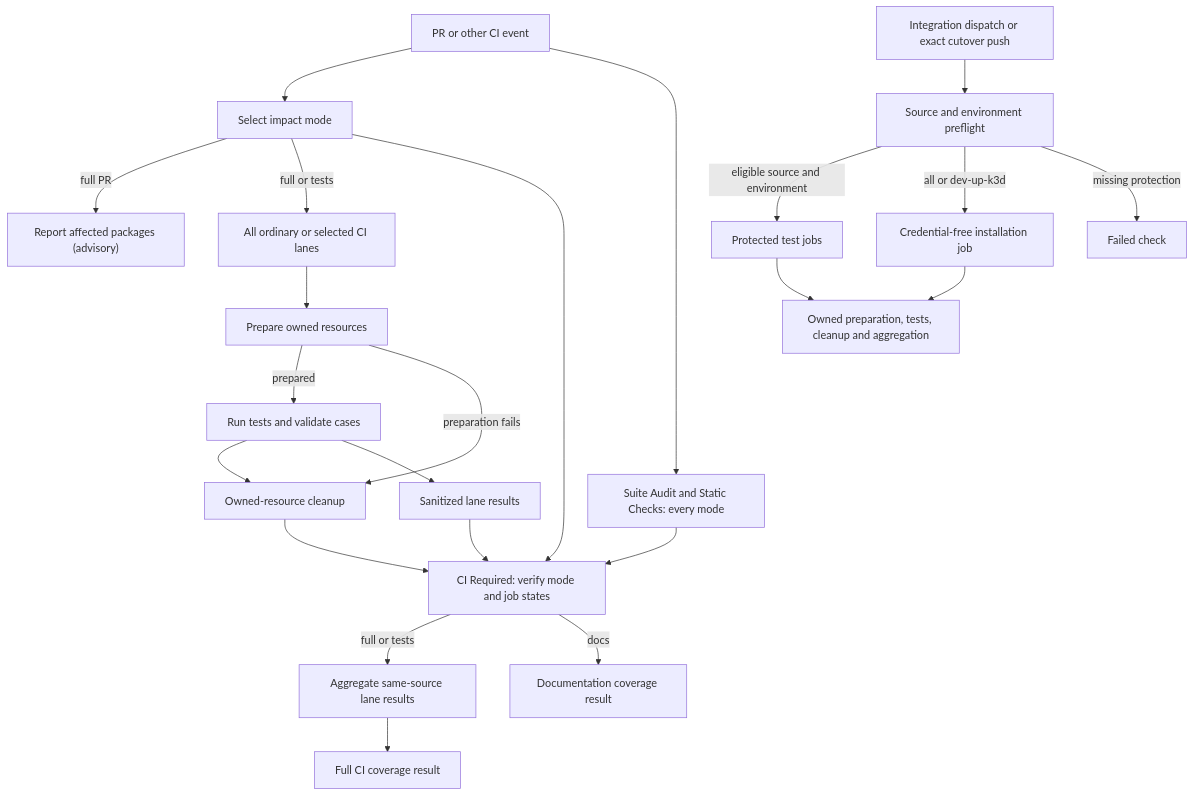
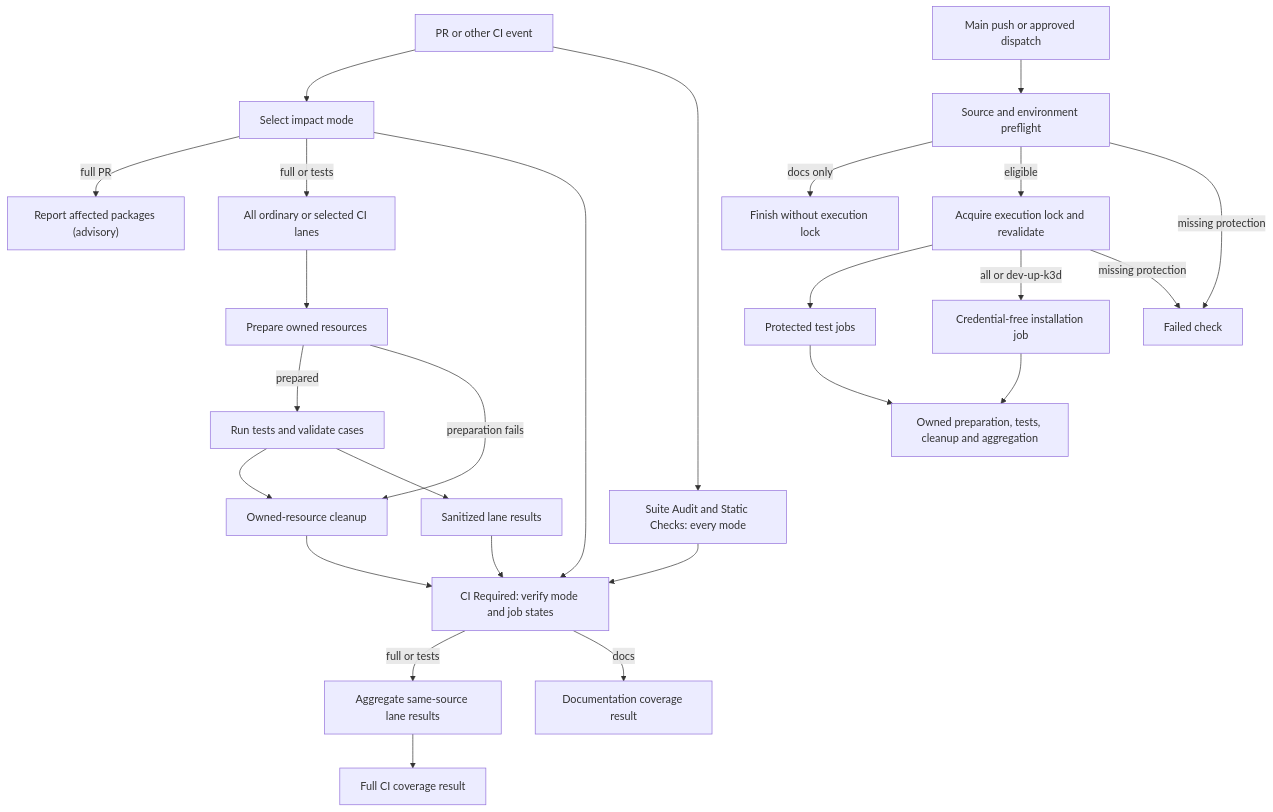
Before and after one commit to openclaw/openclaw-enterprise: the diagram in docs/flows/github-actions-testing.md, drawn with Mermaid. The commit also changed other lines of this file and 9 other files, not shown here.

Commit message:
fix(ci): admit full integration work before queueing execution

````diff
--- a/docs/flows/github-actions-testing.md
+++ b/docs/flows/github-actions-testing.md
@@ -21,25 +21,28 @@
 ```mermaid
 graph TD
   A["PR or other CI event"] --> S["Select impact mode"]
   A --> N["Suite Audit and Static Checks: every mode"]
   S -->|full PR| Q["Report affected packages (advisory)"]
   S -->|full or tests| B["All ordinary or selected CI lanes"]
   B --> F["Prepare owned resources"]
   F -->|prepared| H["Run tests and validate cases"]
   F -->|preparation fails| J["Owned-resource cleanup"]
   H --> J
   H --> K["Sanitized lane results"]
   J --> G["CI Required: verify mode and job states"]
   S --> G
   N --> G
   K --> G
   G -->|full or tests| L["Aggregate same-source lane results"]
   G -->|docs| M["Documentation coverage result"]
   L --> R["Full CI coverage result"]
-  C["Integration dispatch or exact cutover push"] --> P["Source and environment preflight"]
-  P -->|eligible source and environment| E["Protected test jobs"]
-  P -->|all or dev-up-k3d| U["Credential-free installation job"]
+  C["Main push or approved dispatch"] --> P["Source and environment preflight"]
+  P -->|docs only| D["Finish without execution lock"]
+  P -->|eligible| V["Acquire execution lock and revalidate"]
+  V --> E["Protected test jobs"]
+  V -->|all or dev-up-k3d| U["Credential-free installation job"]
   U --> T
   P -->|missing protection| X["Failed check"]
+  V -->|missing protection| X
   E --> T["Owned preparation, tests, cleanup and aggregation"]
 ```
````
